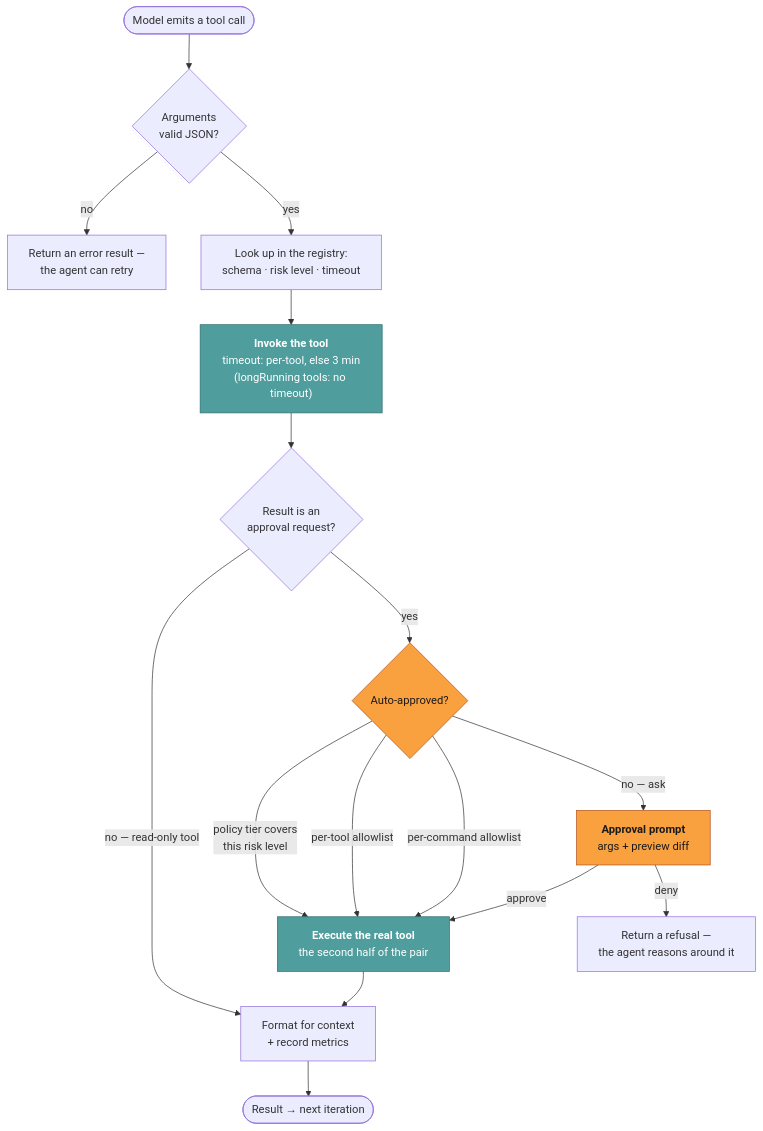
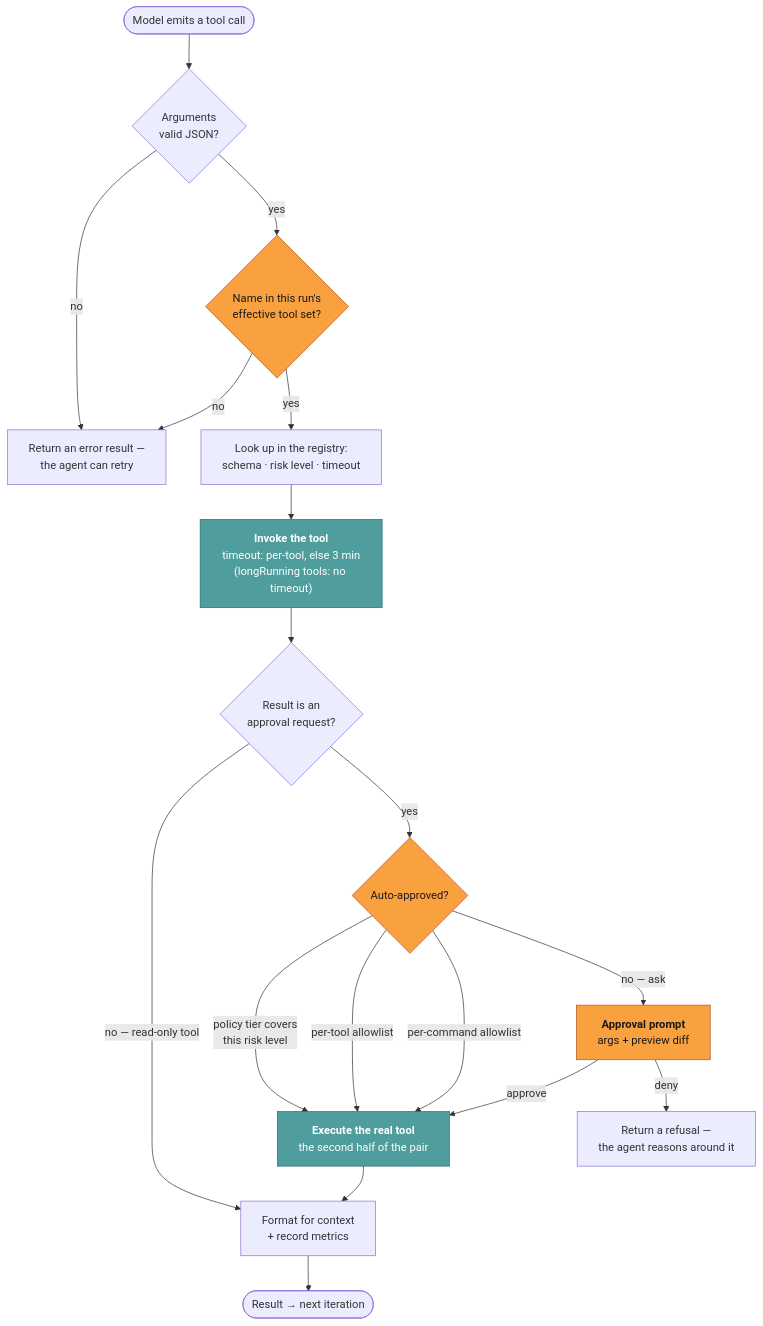
One commit to lvndry/jazz changed the first of 4 diagrams in docs/internals/tools-and-approval.md. Above: the diagram before and after it, drawn with Mermaid. The commit also changed other lines of this file and 8 other files, not shown here.

First line of the commit message:
fix(agent): enforce a run's tool allowlist at execution, not just advertisement

````diff
--- a/docs/internals/tools-and-approval.md
+++ b/docs/internals/tools-and-approval.md
@@ -32,29 +32,31 @@
 ```mermaid
 flowchart TD
     IN(["Model emits a tool call"]) --> PARSE{"Arguments<br/>valid JSON?"}
     PARSE -->|no| ERR["Return an error result —<br/>the agent can retry"]
-    PARSE -->|yes| LOOKUP["Look up in the registry:<br/>schema · risk level · timeout"]
+    PARSE -->|yes| SET{"Name in this run's<br/>effective tool set?"}
+    SET -->|no| ERR
+    SET -->|yes| LOOKUP["Look up in the registry:<br/>schema · risk level · timeout"]
 
     LOOKUP --> RUN["<b>Invoke the tool</b><br/>timeout: per-tool, else 3 min<br/>(longRunning tools: no timeout)"]
 
     RUN --> GATED{"Result is an<br/>approval request?"}
     GATED -->|"no — read-only tool"| RESULT
     GATED -->|yes| POLICY{"Auto-approved?"}
 
     POLICY -->|"policy tier covers<br/>this risk level"| EXEC
     POLICY -->|"per-tool allowlist"| EXEC
     POLICY -->|"per-command allowlist"| EXEC
     POLICY -->|"no — ask"| PROMPT["<b>Approval prompt</b><br/>args + preview diff"]
 
     PROMPT -->|approve| EXEC
     PROMPT -->|deny| DENIED["Return a refusal —<br/>the agent reasons around it"]
 
     EXEC["<b>Execute the real tool</b><br/>the second half of the pair"]
     EXEC --> RESULT["Format for context<br/>+ record metrics"]
     RESULT --> OUT(["Result → next iteration"])
 
     classDef gate fill:#f9a03f,stroke:#b3541e,color:#1a1a1a
     classDef act fill:#4f9d9d,stroke:#2f6d6d,color:#ffffff
-    class POLICY,PROMPT gate
+    class SET,POLICY,PROMPT gate
     class RUN,EXEC act
 ```
````
